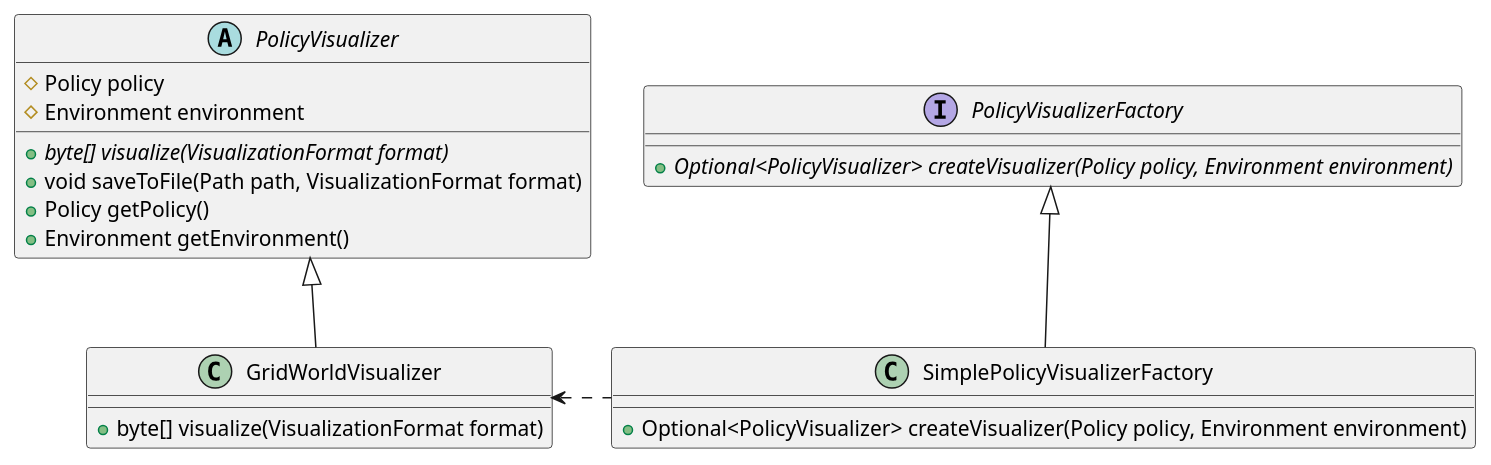
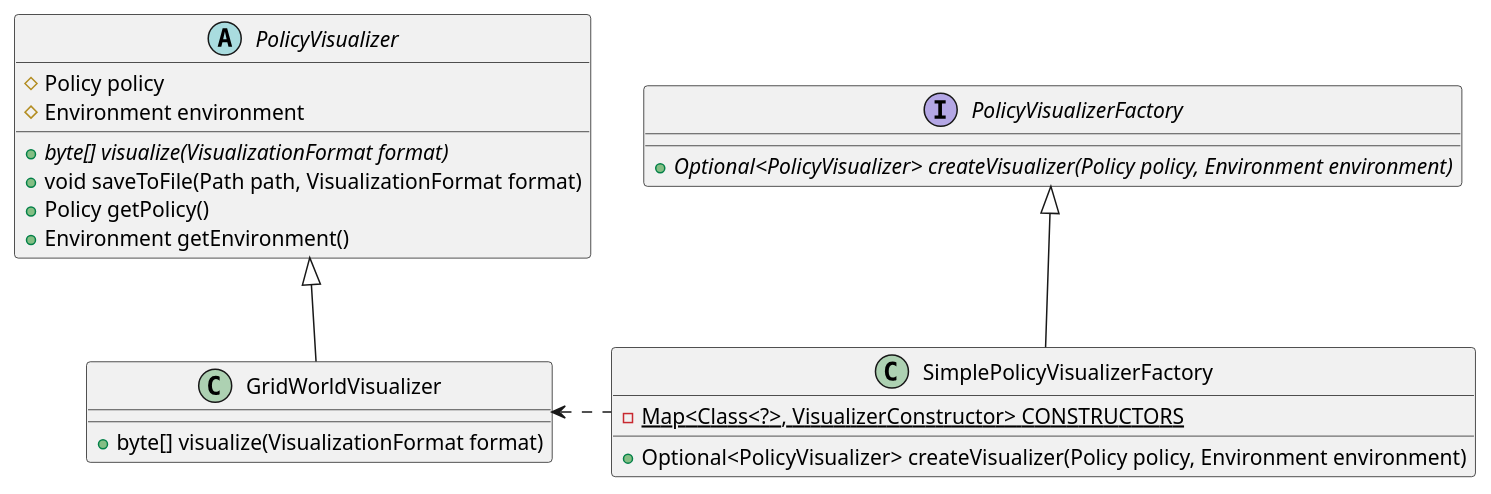
One commit to jatsqi/ASE-Reinforcement-Learning changed the diagram in uml/factoryPattern.puml. Above: the diagram before and after it, drawn with PlantUML. The commit also changed 3 other files, not shown here.

Commit message:
Adjust UML to new factory implementations.

```diff
--- a/uml/factoryPattern.puml
+++ b/uml/factoryPattern.puml
@@ -1,31 +1,32 @@
 @startuml
 'https://plantuml.com/class-diagram
 
 abstract class PolicyVisualizer {
 #Policy policy
 #Environment environment
 
 +{abstract} byte[] visualize(VisualizationFormat format)
 +void saveToFile(Path path, VisualizationFormat format)
 +Policy getPolicy()
 +Environment getEnvironment()
 }
 
 class GridWorldVisualizer {
 +byte[] visualize(VisualizationFormat format)
 }
 
 interface PolicyVisualizerFactory {
 +{abstract} Optional<PolicyVisualizer> createVisualizer(Policy policy, Environment environment)
 }
 
 class SimplePolicyVisualizerFactory {
+-{static} Map<Class<?>, VisualizerConstructor> CONSTRUCTORS
 +Optional<PolicyVisualizer> createVisualizer(Policy policy, Environment environment)
 }
 
 
 PolicyVisualizerFactory         <|-- SimplePolicyVisualizerFactory
 SimplePolicyVisualizerFactory  .l> GridWorldVisualizer
 PolicyVisualizer                <|-- GridWorldVisualizer
 
 @enduml
```
